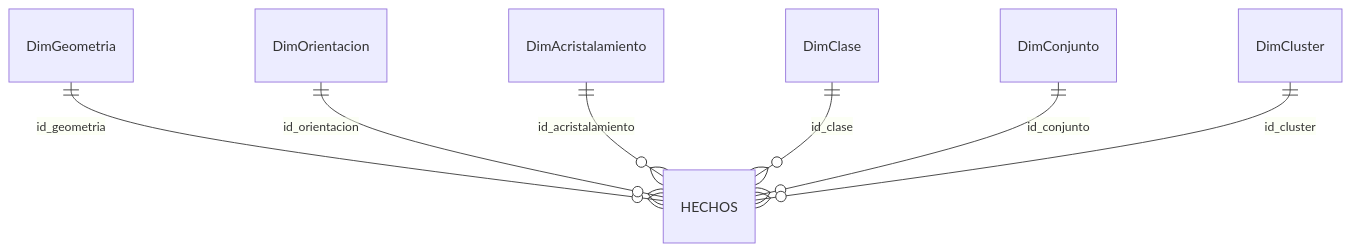
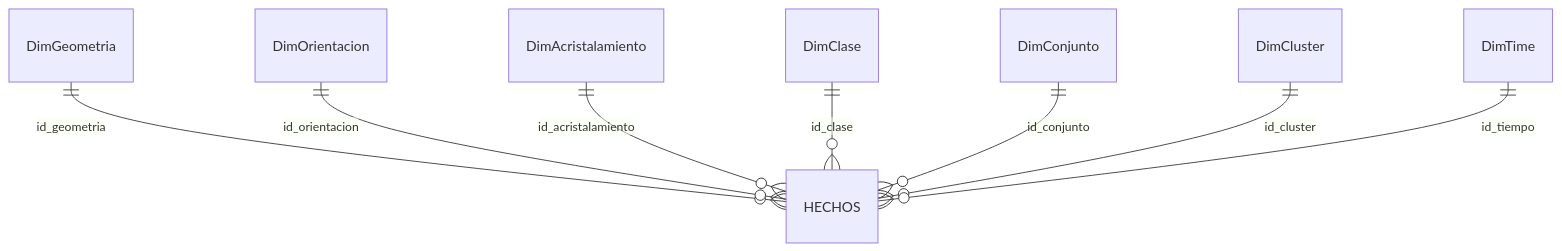
Before and after one commit to UlisesGC26/REC_ECBD_2026_Gonzalez_Ulises: the diagram in docs/etl_y_datamart.md, drawn with Mermaid. The commit also changed other lines of this file and 86 other files, not shown here.

````diff
--- a/docs/etl_y_datamart.md
+++ b/docs/etl_y_datamart.md
@@ -17,9 +17,10 @@
 ```mermaid
 erDiagram
     DimGeometria ||--o{ HECHOS : id_geometria
     DimOrientacion ||--o{ HECHOS : id_orientacion
     DimAcristalamiento ||--o{ HECHOS : id_acristalamiento
     DimClase ||--o{ HECHOS : id_clase
     DimConjunto ||--o{ HECHOS : id_conjunto
     DimCluster ||--o{ HECHOS : id_cluster
+    DimTime ||--o{ HECHOS : id_tiempo
 ```
````
